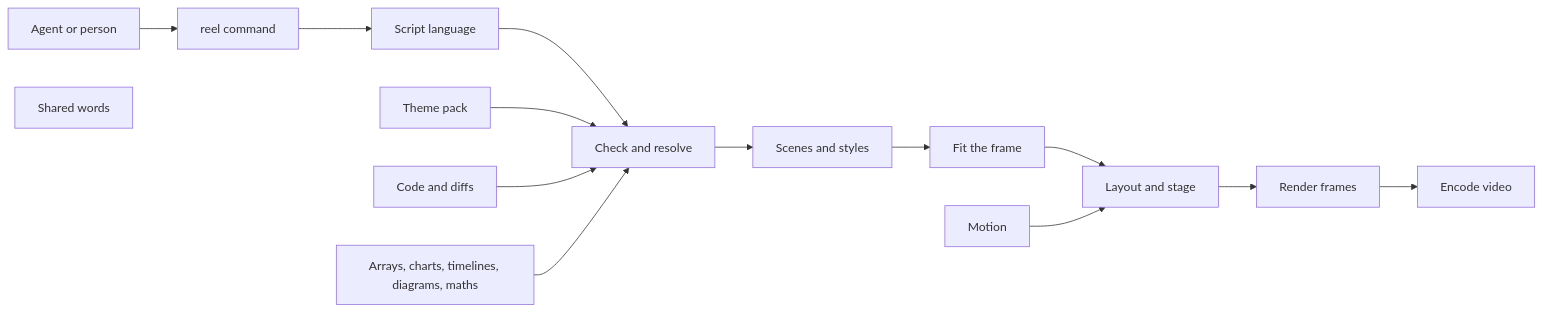
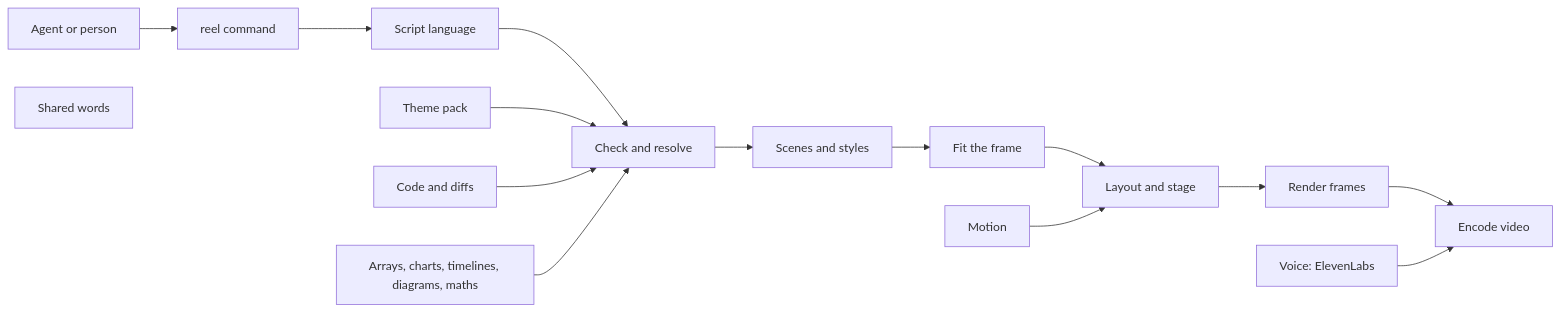
Before and after one commit to nessalabs/nessa-video: the diagram in docs/state/README.md, drawn with Mermaid. The commit also changed other lines of this file and 28 other files, not shown here.

First line of the commit message:
Narrate say lines with ElevenLabs; fit sequence frames to notes

````diff
--- a/docs/state/README.md
+++ b/docs/state/README.md
@@ -37,16 +38,17 @@
 ```mermaid
 flowchart LR
     Agent[Agent or person] --> CLI[reel command]
     CLI --> Script[Script language]
     Script --> Resolve[Check and resolve]
     Theme[Theme pack] --> Resolve
     Code[Code and diffs] --> Resolve
     Data[Arrays, charts, timelines, diagrams, maths] --> Resolve
     Resolve --> Composition[Scenes and styles]
     Composition --> Fit[Fit the frame]
     Fit --> Stage[Layout and stage]
     Motion[Motion] --> Stage
     Stage --> Render[Render frames]
     Render --> Encode[Encode video]
+    Voice[Voice: ElevenLabs] --> Encode
     Words[Shared words]
 ```
````
